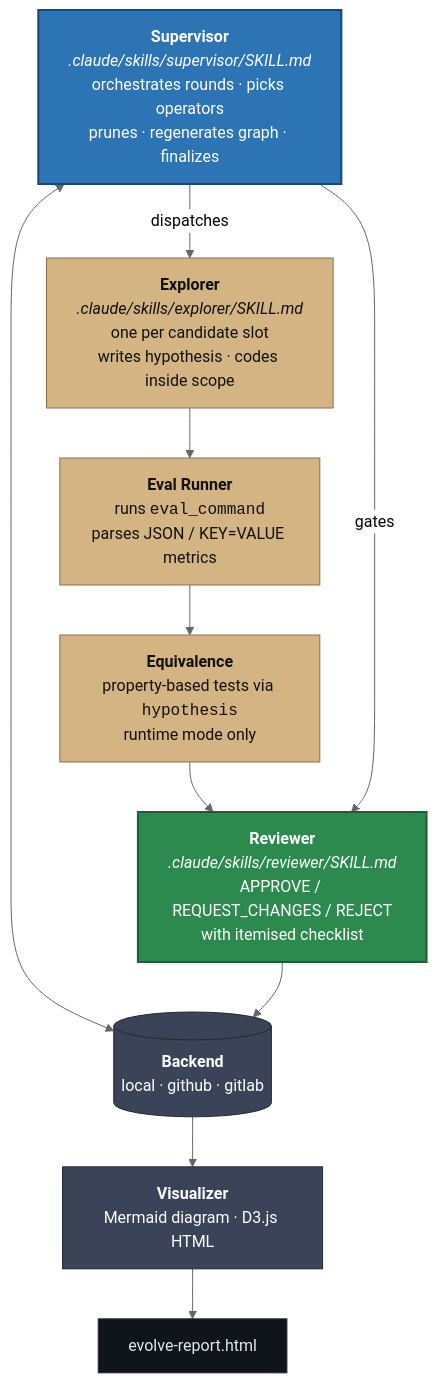
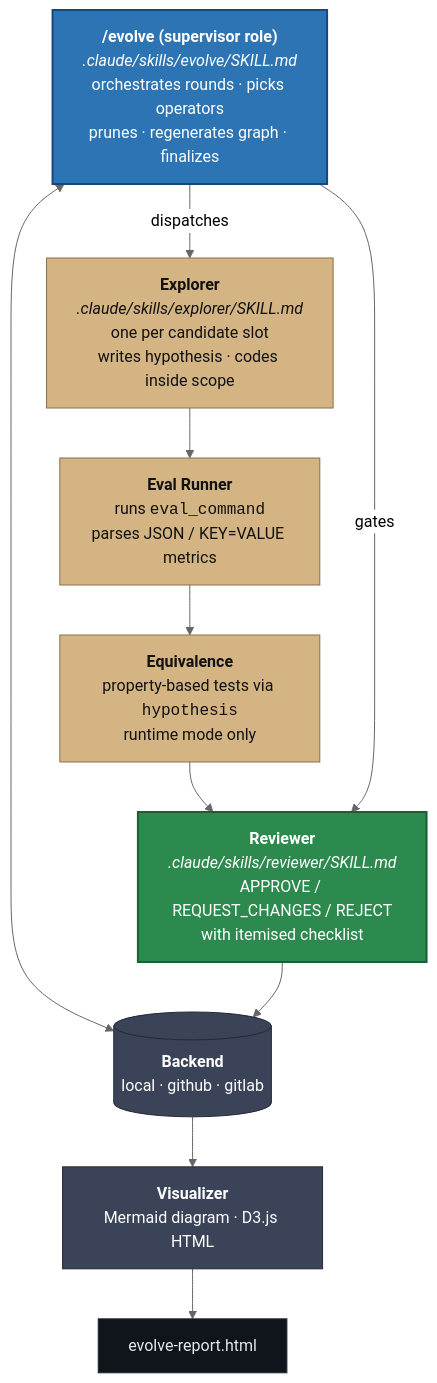
The first of 2 diagrams in README.md (kyleyhw/agent-evolve), drawn with Mermaid (neutral theme) before and after one commit. The commit also changed other lines of this file and 6 other files, not shown here.

````diff
--- a/README.md
+++ b/README.md
@@ -374,30 +333,30 @@
 ```mermaid
 flowchart TD
-    S["<b>Supervisor</b><br/><i>.claude/skills/supervisor/SKILL.md</i><br/>orchestrates rounds · picks operators<br/>prunes · regenerates graph · finalizes"]
+    S["<b>/evolve (supervisor role)</b><br/><i>.claude/skills/evolve/SKILL.md</i><br/>orchestrates rounds · picks operators<br/>prunes · regenerates graph · finalizes"]
     E["<b>Explorer</b><br/><i>.claude/skills/explorer/SKILL.md</i><br/>one per candidate slot<br/>writes hypothesis · codes inside scope"]
     R["<b>Eval Runner</b><br/>runs <code>eval_command</code><br/>parses JSON / KEY=VALUE metrics"]
     Q["<b>Equivalence</b><br/>property-based tests via <code>hypothesis</code><br/>runtime mode only"]
     V["<b>Reviewer</b><br/><i>.claude/skills/reviewer/SKILL.md</i><br/>APPROVE / REQUEST_CHANGES / REJECT<br/>with itemised checklist"]
     B[("<b>Backend</b><br/>local · github · gitlab")]
     Z["<b>Visualizer</b><br/>Mermaid diagram · D3.js HTML"]
     H["evolve-report.html"]
 
     S -- "dispatches" --> E
     E --> R
     R --> Q
     Q --> V
     S -- "gates" --> V
     S <--> B
     V --> B
     B --> Z
     Z --> H
 
     style S fill:#2c74b3,color:#fff,stroke:#174978,stroke-width:2px
     style V fill:#2d8a4e,color:#fff,stroke:#1b5e37,stroke-width:2px
     style E fill:#d4b483,color:#111,stroke:#8c7148
     style R fill:#d4b483,color:#111,stroke:#8c7148
     style Q fill:#d4b483,color:#111,stroke:#8c7148
     style B fill:#3b4358,color:#fff,stroke:#242a35
     style Z fill:#3b4358,color:#fff,stroke:#242a35
     style H fill:#10141b,color:#e6e8ec,stroke:#242a35
 ```
````
